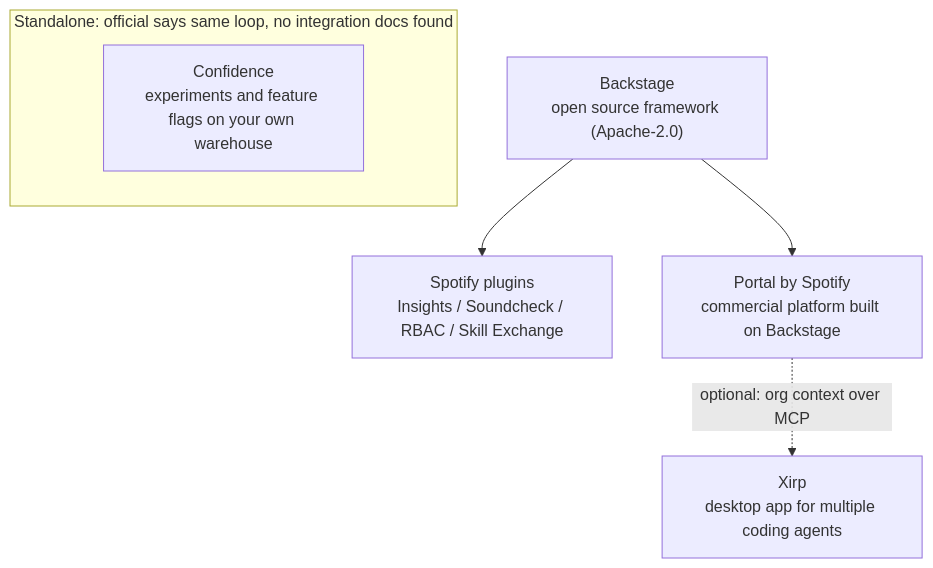
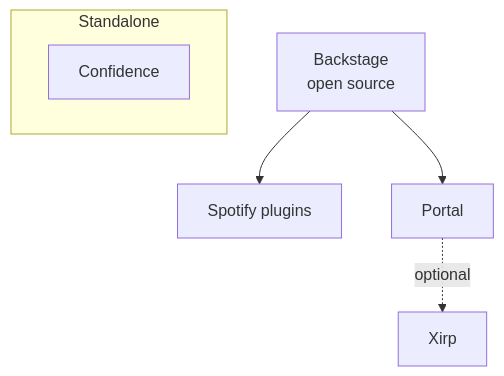
Before and after one commit to vincentxuu/quidproquo: the diagram in src/content/posts/ai/2026-10-11-spotify-technology-rd-tools-en.md, drawn with Mermaid. The commit also changed 1 other file, not shown here.

Commit message:
post(ai): 關係圖縮短節點文字以利手機閱讀，修正跨語言連結路徑
Claude-Session: https://claude.ai/code/session_01NtDfbYTmBpbGeu33VXu73i

````diff
--- a/src/content/posts/ai/2026-10-11-spotify-technology-rd-tools-en.md
+++ b/src/content/posts/ai/2026-10-11-spotify-technology-rd-tools-en.md
@@ -44,13 +44,13 @@
 ```mermaid
 flowchart TB
-  B["Backstage<br/>open source framework (Apache-2.0)"]
-  PL["Spotify plugins<br/>Insights / Soundcheck / RBAC / Skill Exchange"]
-  P["Portal by Spotify<br/>commercial platform built on Backstage"]
-  X["Xirp<br/>desktop app for multiple coding agents"]
+  B["Backstage<br/>open source"]
+  PL["Spotify plugins"]
+  P["Portal"]
+  X["Xirp"]
   B --> PL
   B --> P
-  P -. "optional: org context over MCP" .-> X
-  subgraph S2["Standalone: official says same loop, no integration docs found"]
-    C["Confidence<br/>experiments and feature flags on your own warehouse"]
+  P -. "optional" .-> X
+  subgraph S2["Standalone"]
+    C["Confidence"]
   end
 ```
````
